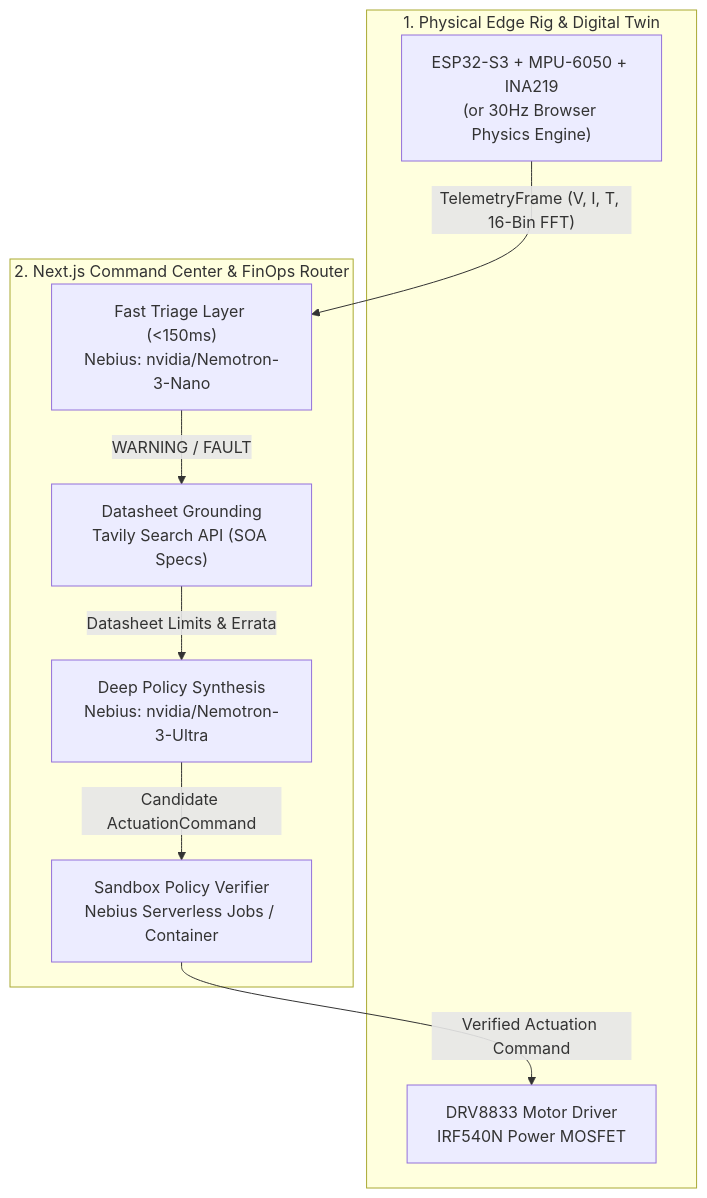
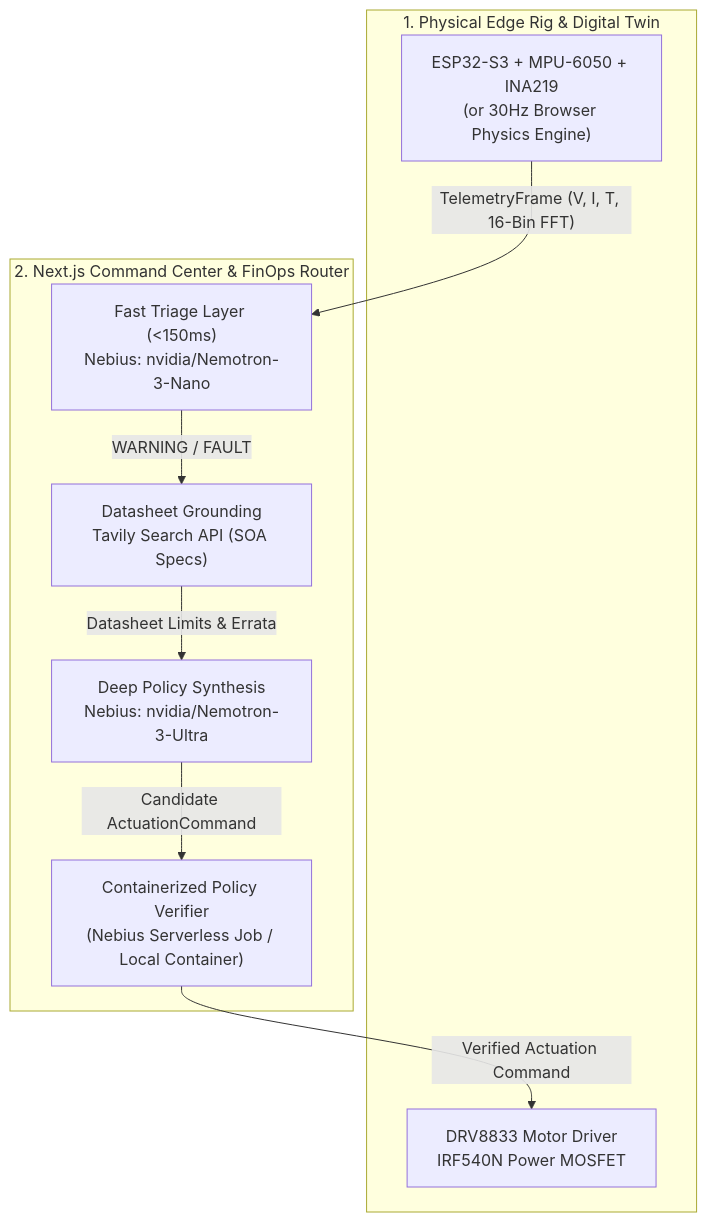
Before and after one commit to alaikalhamdi/HarmoniQ: the diagram in README.md, drawn with Mermaid. The commit also changed other lines of this file and 12 other files, not shown here.

````diff
--- a/README.md
+++ b/README.md
@@ -38,20 +40,20 @@
 ```mermaid
 flowchart TD
   subgraph Edge["1. Physical Edge Rig & Digital Twin"]
     MCU["ESP32-S3 + MPU-6050 + INA219\n(or 30Hz Browser Physics Engine)"]
     Actuators["DRV8833 Motor Driver\nIRF540N Power MOSFET"]
   end
 
   subgraph NextApp["2. Next.js Command Center & FinOps Router"]
     Triage["Fast Triage Layer (<150ms)\nNebius: nvidia/Nemotron-3-Nano"]
     Tavily["Datasheet Grounding\nTavily Search API (SOA Specs)"]
     Ultra["Deep Policy Synthesis\nNebius: nvidia/Nemotron-3-Ultra"]
-    Sandbox["Sandbox Policy Verifier\nNebius Serverless Jobs / Container"]
+    Sandbox["Containerized Policy Verifier\n(Nebius Serverless Job / Local Container)"]
   end
 
   MCU -->|"TelemetryFrame (V, I, T, 16-Bin FFT)"| Triage
   Triage -->|"WARNING / FAULT"| Tavily
   Tavily -->|"Datasheet Limits & Errata"| Ultra
   Ultra -->|"Candidate ActuationCommand"| Sandbox
   Sandbox -->|"Verified Actuation Command"| Actuators
 ```
````
